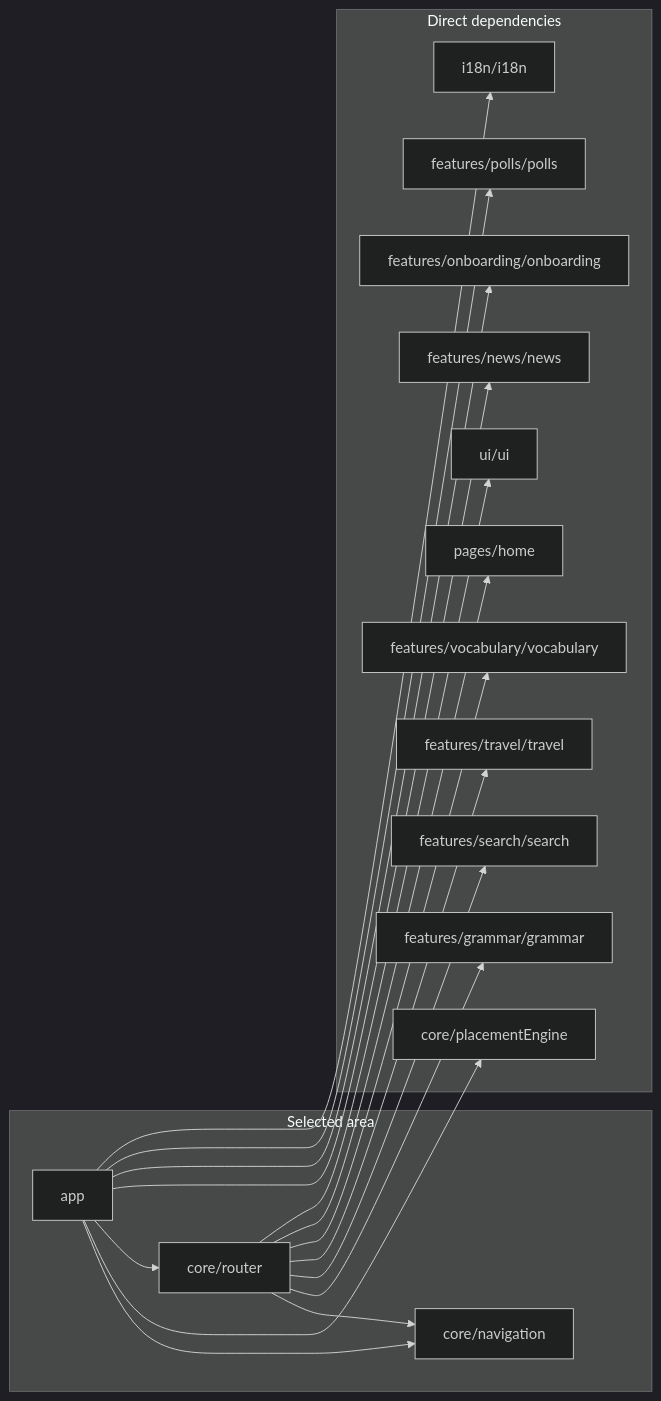
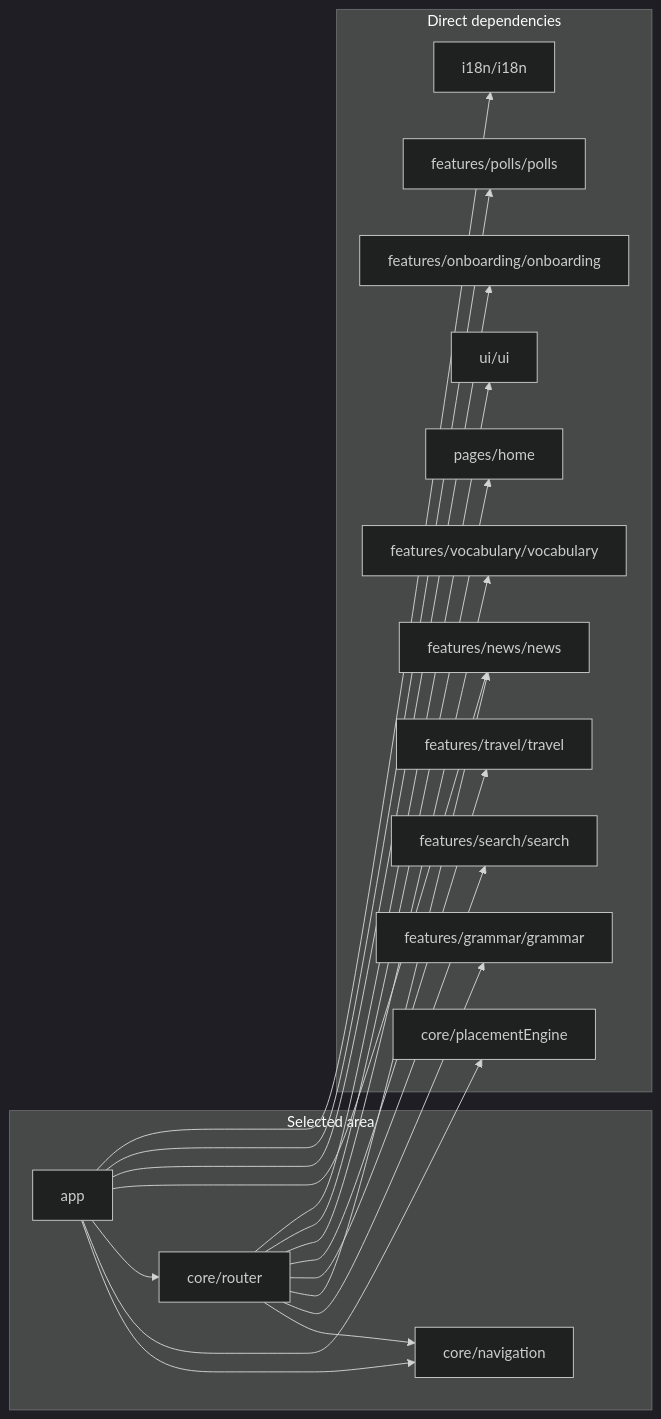
Before and after one commit to temsahak-rgb/Dino-5monde: the second of 11 diagrams in docs/dependency-graph.md, drawn with Mermaid (dark theme). The commit also changed other lines of this file and 10 other files, not shown here.

````diff
--- a/docs/dependency-graph.md
+++ b/docs/dependency-graph.md
@@ -59,35 +59,36 @@
 ```mermaid
 flowchart LR
     subgraph S["Selected area"]
         M0["app"]
         M1["core/navigation"]
         M2["core/router"]
     end
     subgraph D["Direct dependencies"]
         M3["core/placementEngine"]
         M4["features/grammar/grammar"]
         M5["features/news/news"]
         M6["features/onboarding/onboarding"]
         M7["features/polls/polls"]
         M8["features/search/search"]
         M9["features/travel/travel"]
         M10["features/vocabulary/vocabulary"]
         M11["i18n/i18n"]
         M12["pages/home"]
         M13["ui/ui"]
     end
     M0 --> M1
     M0 --> M3
     M0 --> M2
     M0 --> M5
     M0 --> M6
     M0 --> M7
     M0 --> M11
     M2 --> M1
     M2 --> M4
+    M2 --> M5
     M2 --> M8
     M2 --> M9
     M2 --> M10
     M2 --> M12
     M2 --> M13
 ```
````
